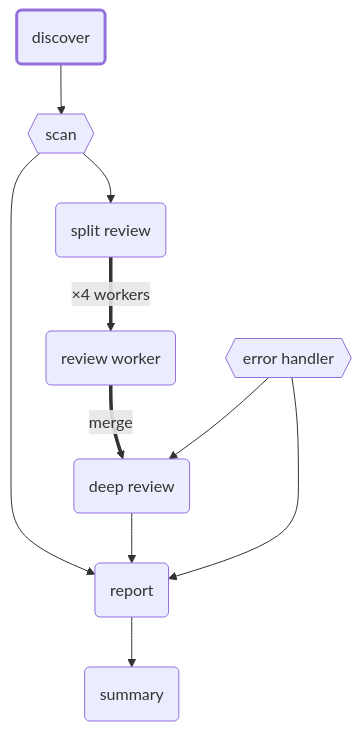
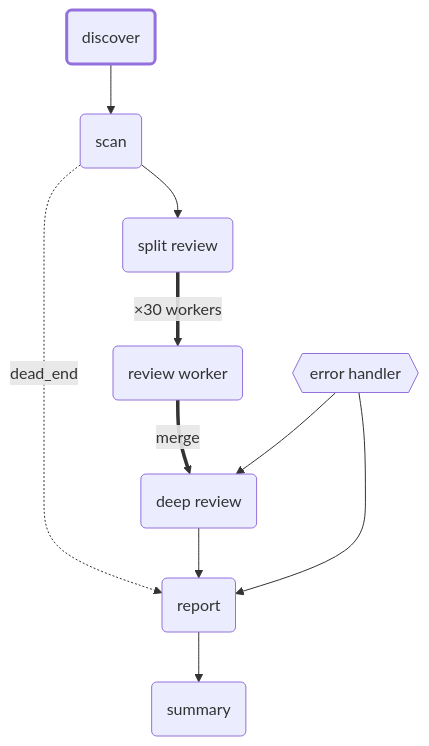
The diagram in docs/assets/agents/src/reviewer.mmd (GEMISIS/leviath), drawn with Mermaid before and after one commit. The commit also changed 28 other files, not shown here.

First line of the commit message:
docs(agents): orchestrator catalog entry, regenerated diagrams, eight-agent counts

```diff
--- a/docs/assets/agents/src/reviewer.mmd
+++ b/docs/assets/agents/src/reviewer.mmd
@@ -1,20 +1,20 @@
 flowchart TD
     discover(discover)
-    scan{{scan}}
+    scan(scan)
     split_review(split review)
     review_worker(review worker)
     deep_review(deep review)
     report(report)
     error_handler{{error handler}}
     summary(summary)
     discover --> scan
     scan --> split_review
-    scan --> report
-    split_review ==>|×4 workers| review_worker
+    scan -. dead_end .-> report
+    split_review ==>|×30 workers| review_worker
     review_worker ==>|merge| deep_review
     deep_review --> report
     report --> summary
     error_handler --> report
     error_handler --> deep_review
     classDef entry stroke-width:3px
     class discover entry
```
